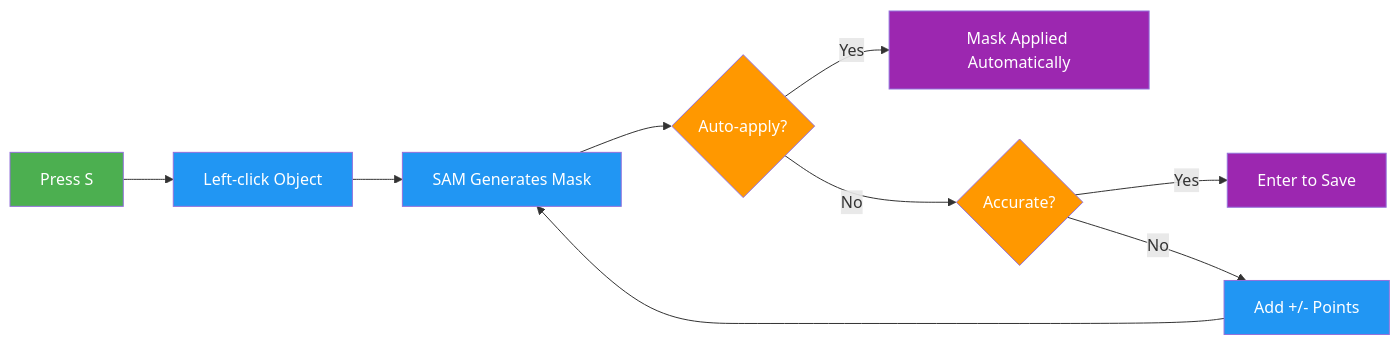
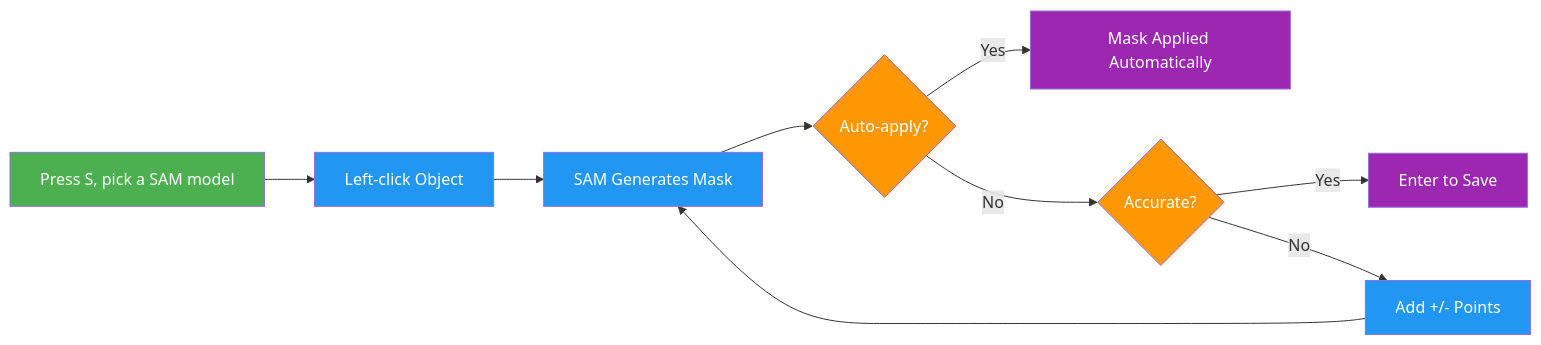
The third of 3 diagrams in docs/en/platform/data/annotation.md (ultralytics/ultralytics), drawn with Mermaid before and after one commit. The commit also changed 2 other files, not shown here.

Commit message:
align platform deployment lifecycle and sam annotation diagrams with current behavior

````diff
--- a/docs/en/platform/data/annotation.md
+++ b/docs/en/platform/data/annotation.md
@@ -263,16 +263,16 @@
 ```mermaid
 graph LR
-    A[Press S]:::start --> B[Left-click Object]:::proc
+    A["Press S, pick a SAM model"]:::start --> B[Left-click Object]:::proc
     B --> C[SAM Generates Mask]:::proc
     C --> D{Auto-apply?}:::decide
     D -->|Yes| E[Mask Applied Automatically]:::out
     D -->|No| F{Accurate?}:::decide
     F -->|Yes| G[Enter to Save]:::out
     F -->|No| H[Add +/- Points]:::proc
     H --> C
 
     classDef start fill:#4CAF50,color:#fff
     classDef proc fill:#2196F3,color:#fff
     classDef decide fill:#FF9800,color:#fff
     classDef out fill:#9C27B0,color:#fff
 ```
````
